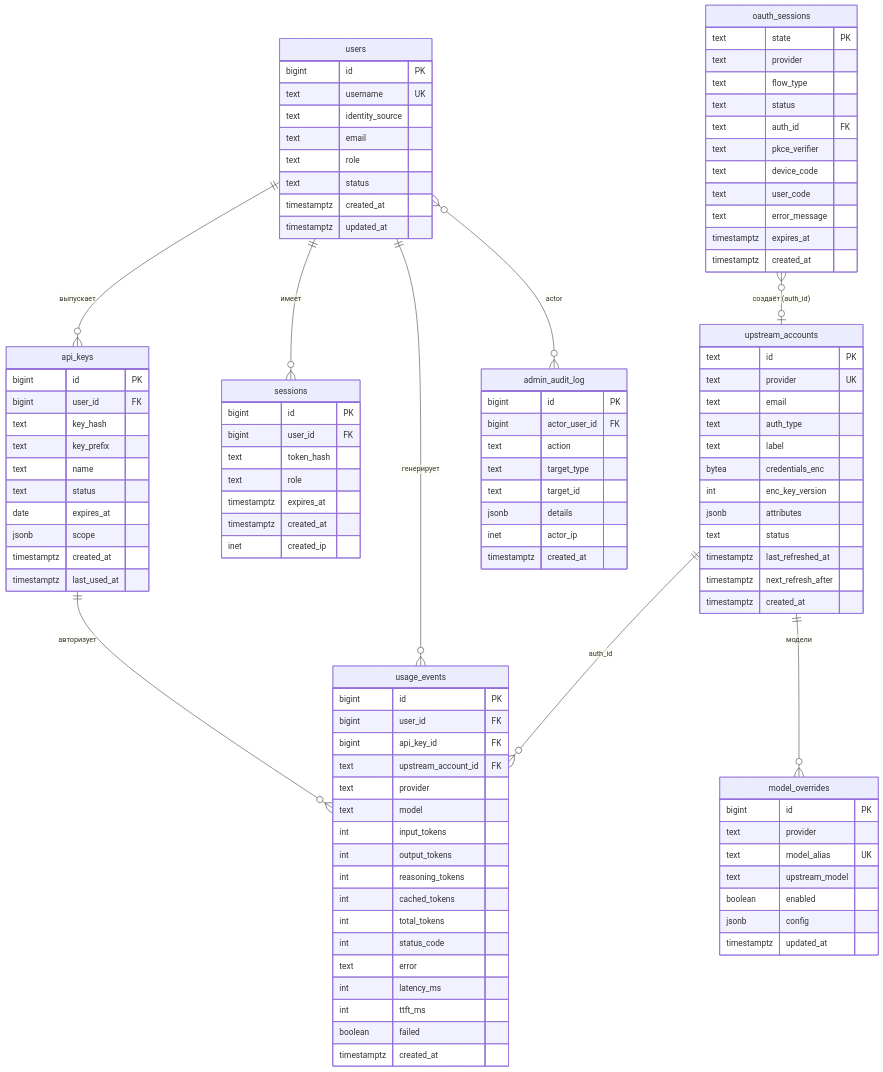
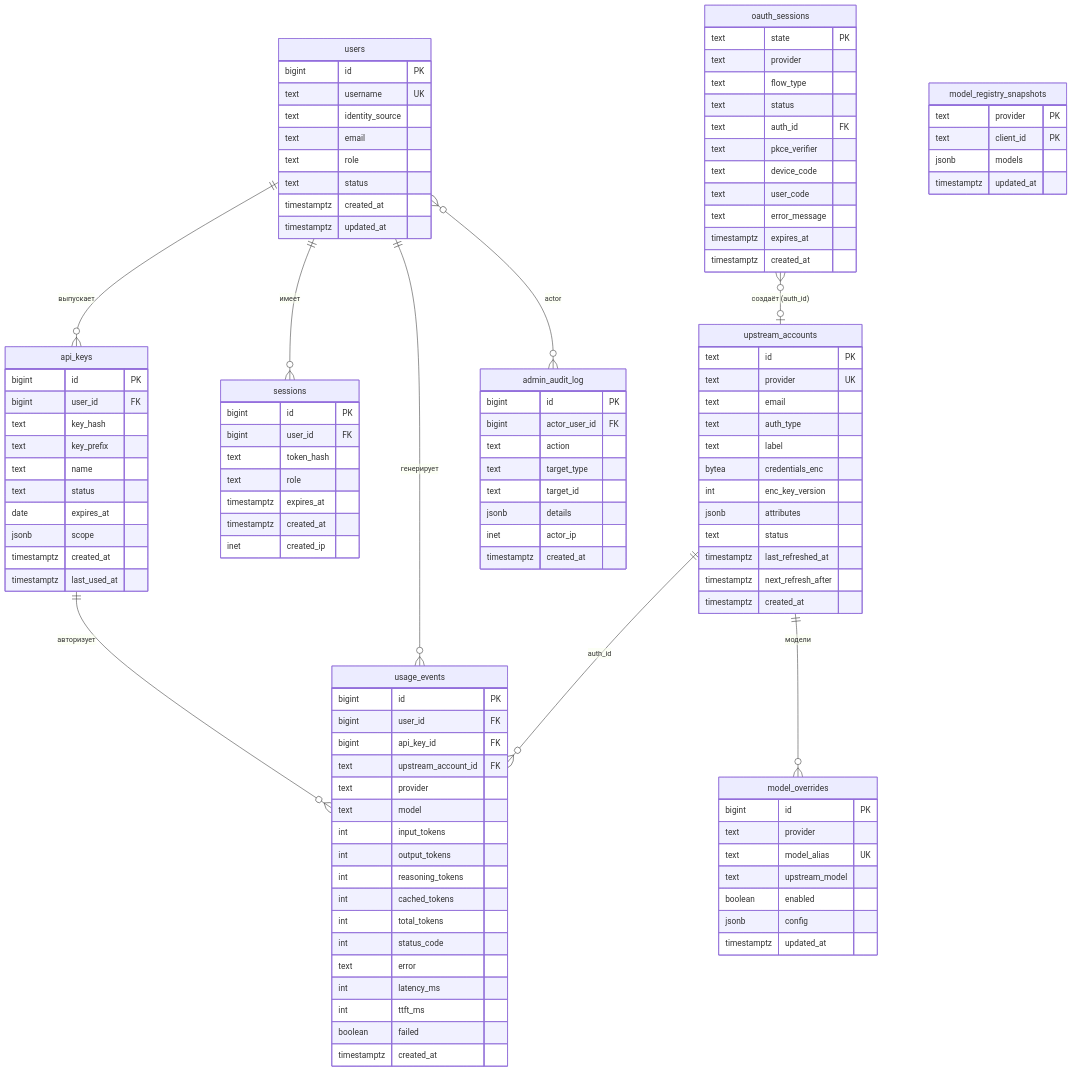
Before and after one commit to ilyast91/CLIProxyNew: the diagram in docs/database-schema.md, drawn with Mermaid. The commit also changed other lines of this file and 16 other files, not shown here.

```diff
--- a/docs/database-schema.md
+++ b/docs/database-schema.md
@@ -91,6 +91,13 @@
         timestamptz updated_at
     }
 
+    model_registry_snapshots {
+        text provider PK
+        text client_id PK
+        jsonb models
+        timestamptz updated_at
+    }
+
     usage_events {
         bigint id PK
         bigint user_id FK
```
